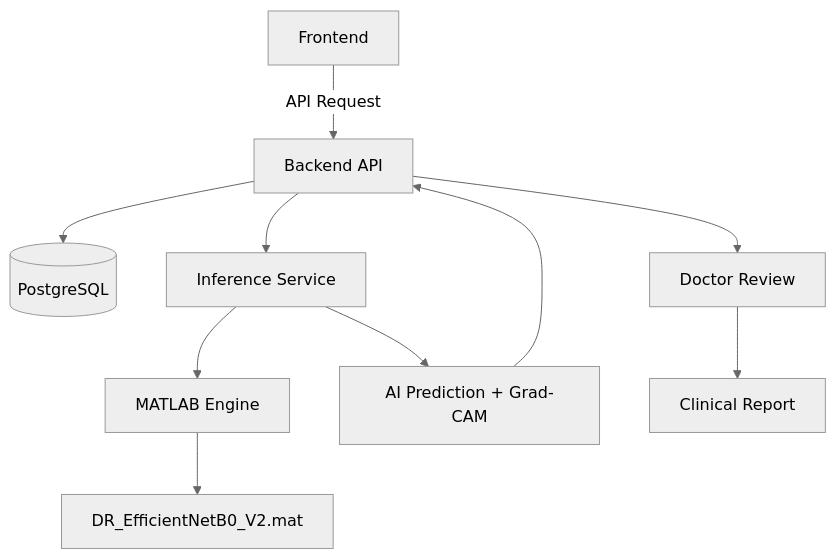
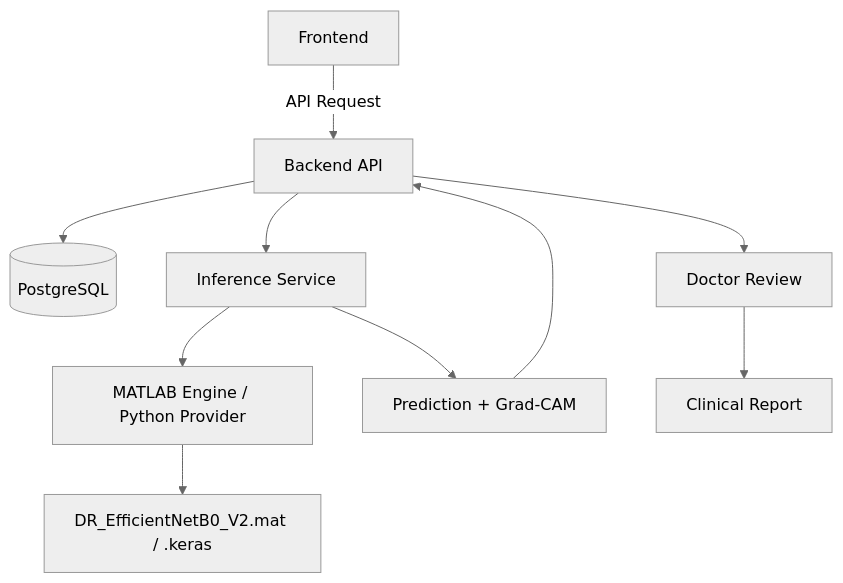
The second of 2 diagrams in README.md (SudarshanSingh1/DR-Screening-System), drawn with Mermaid (neutral theme) before and after one commit. The commit also changed other lines of this file, not shown here.

````diff
--- a/README.md
+++ b/README.md
@@ -118,12 +141,12 @@
 ```mermaid
 graph TD
     Frontend[Frontend] -->|API Request| Backend[Backend API]
     Backend --> PostgreSQL[(PostgreSQL)]
     Backend --> Inference[Inference Service]
-    Inference --> MatlabEngine[MATLAB Engine]
-    MatlabEngine --> Model[DR_EfficientNetB0_V2.mat]
-    Inference --> AI[AI Prediction + Grad-CAM]
+    Inference --> MatlabEngine[MATLAB Engine / Python Provider]
+    MatlabEngine --> Model[DR_EfficientNetB0_V2.mat / .keras]
+    Inference --> AI[Prediction + Grad-CAM]
     AI --> Backend
     Backend --> Doctor[Doctor Review]
     Doctor --> Report[Clinical Report]
 ```
````
